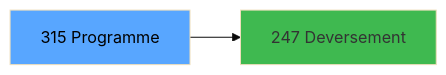
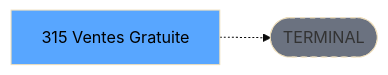
One commit to thonyAGP/lecteur-magic changed the third of 3 diagrams in .openspec/specs/ADH-IDE-315.md. Above: the diagram before and after it, drawn with Mermaid (base theme). The commit also changed other lines of this file and 701 other files, not shown here.

````diff
--- a/.openspec/specs/ADH-IDE-315.md
+++ b/.openspec/specs/ADH-IDE-315.md
@@ -145,8 +153,8 @@
 ```mermaid
 graph LR
-    T[315 Programme]
-    C247[247 Deversement ]
-    T --> C247
+    T[315 Ventes Gratuite]
+    TERM([TERMINAL])
+    T -.-> TERM
+    style TERM fill:#6b7280,stroke-dasharray: 5 5
     style T fill:#58a6ff,color:#000
-    style C247 fill:#3fb950
 ```
````
